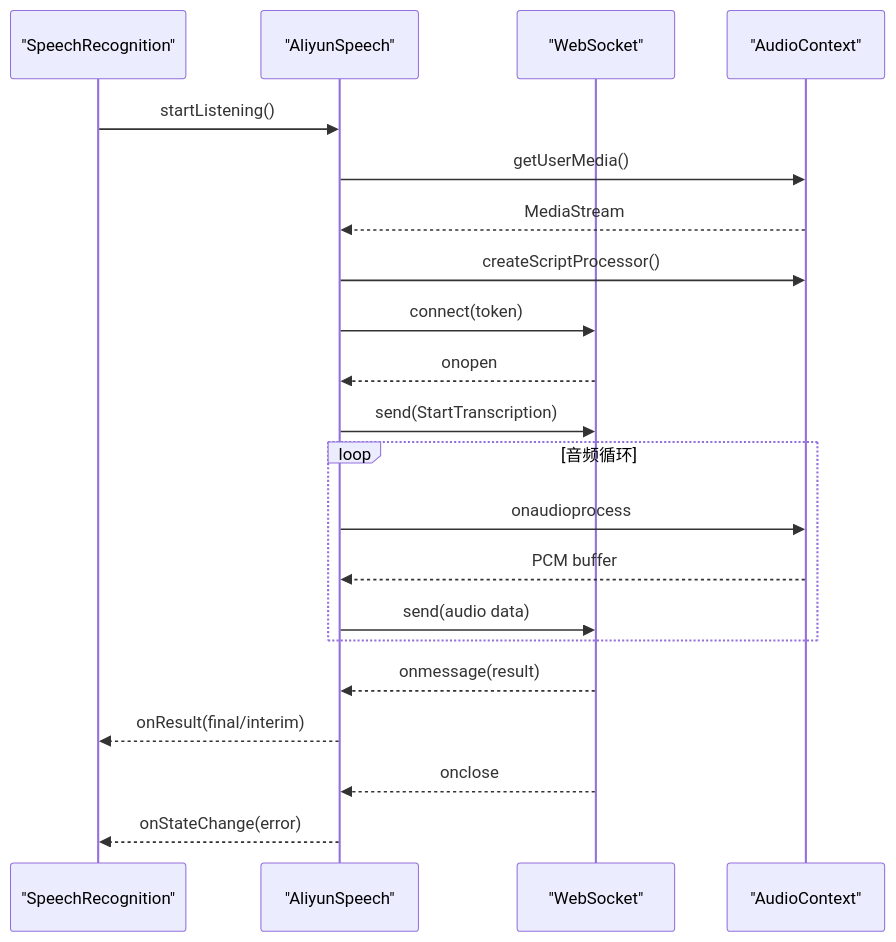
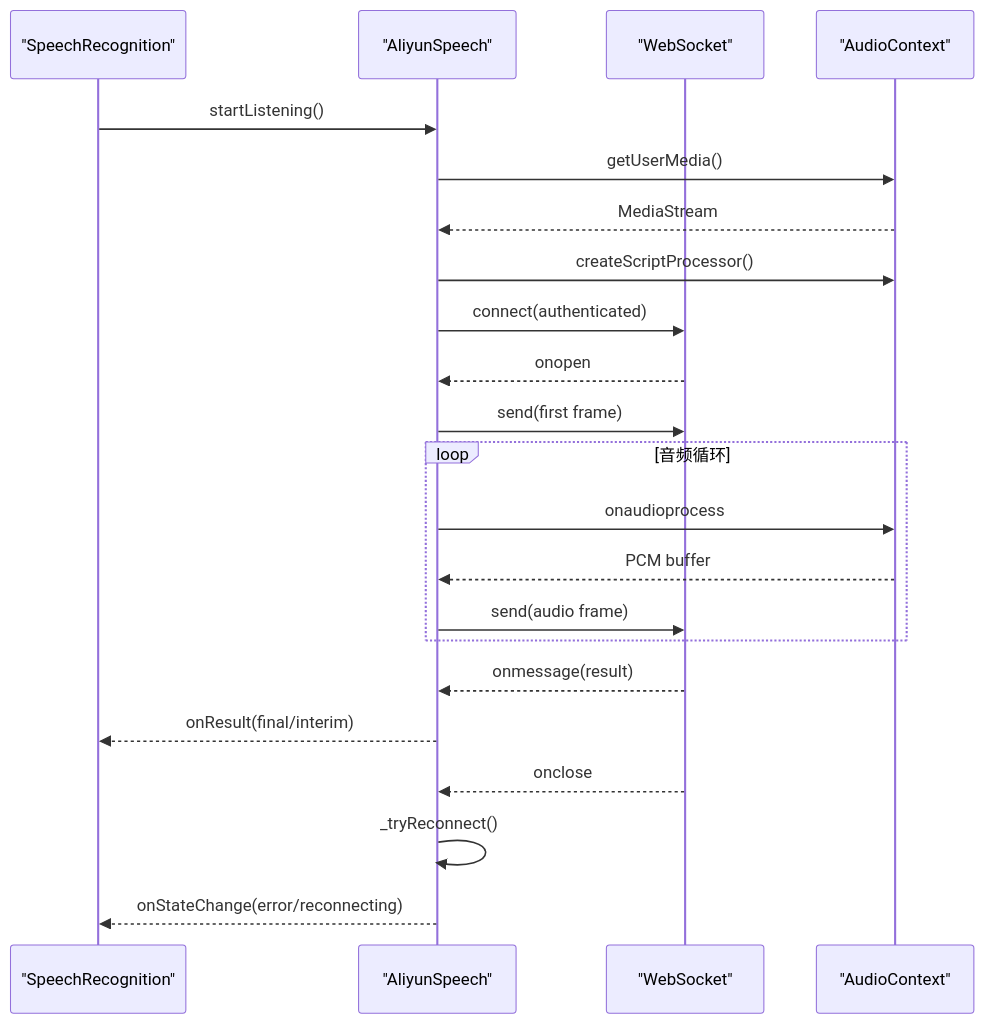
The fourth of 6 diagrams in .qoder/repowiki/zh/content/语音识别模块详解/错误处理与恢复.md (db300/MySpeechRecognition), drawn with Mermaid before and after one commit. The commit also changed other lines of this file and 26 other files, not shown here.

````diff
--- a/.qoder/repowiki/zh/content/语音识别模块详解/错误处理与恢复.md
+++ b/.qoder/repowiki/zh/content/语音识别模块详解/错误处理与恢复.md
@@ -188,23 +221,24 @@
 ```mermaid
 sequenceDiagram
 participant S as "SpeechRecognition"
 participant X as "AliyunSpeech"
 participant WS as "WebSocket"
 participant AC as "AudioContext"
 S->>X : startListening()
 X->>AC : getUserMedia()
 AC-->>X : MediaStream
 X->>AC : createScriptProcessor()
-X->>WS : connect(token)
+X->>WS : connect(authenticated)
 WS-->>X : onopen
-X->>WS : send(StartTranscription)
+X->>WS : send(first frame)
 loop 音频循环
 X->>AC : onaudioprocess
 AC-->>X : PCM buffer
-X->>WS : send(audio data)
+X->>WS : send(audio frame)
 end
 WS-->>X : onmessage(result)
 X-->>S : onResult(final/interim)
 WS-->>X : onclose
-X-->>S : onStateChange(error)
+X->>X : _tryReconnect()
+X-->>S : onStateChange(error/reconnecting)
 ```
````
